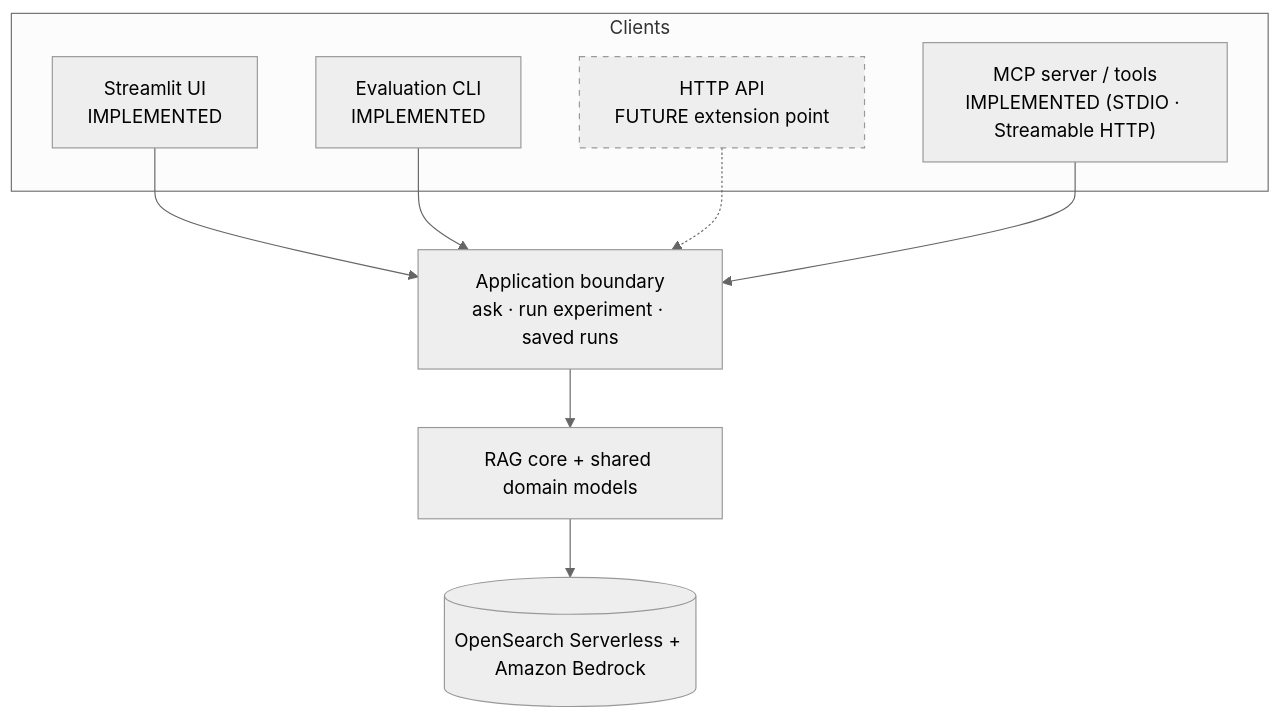
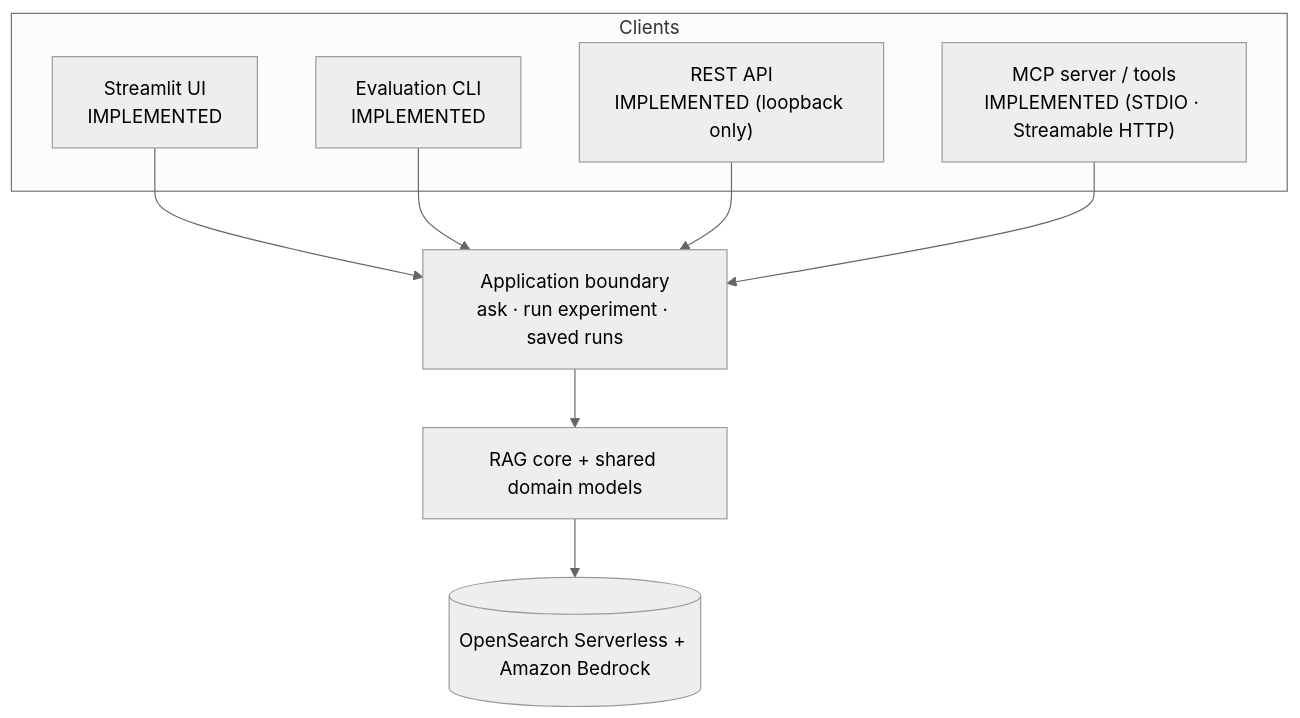
The fifth of 7 diagrams in docs/project-overview.md (mosheostro/Novaops-intelligent-RAG), drawn with Mermaid (neutral theme) before and after one commit. The commit also changed other lines of this file and 8 other files, not shown here.

First line of the commit message:
docs: add REST API dashboard documentation

````diff
--- a/docs/project-overview.md
+++ b/docs/project-overview.md
@@ -271,23 +271,20 @@
 ```mermaid
 flowchart TB
     subgraph clients["Clients"]
         st["Streamlit UI<br/>IMPLEMENTED"]
         cli["Evaluation CLI<br/>IMPLEMENTED"]
-        api["HTTP API<br/>FUTURE extension point"]
+        api["REST API<br/>IMPLEMENTED (loopback only)"]
         mcp["MCP server / tools<br/>IMPLEMENTED (STDIO · Streamable HTTP)"]
     end
 
     boundary["Application boundary<br/>ask · run experiment · saved runs"]
     core["RAG core + shared domain models"]
     ext[("OpenSearch Serverless + Amazon Bedrock")]
 
     st --> boundary
     cli --> boundary
-    api -.-> boundary
+    api --> boundary
     mcp --> boundary
     boundary --> core
     core --> ext
-
-    classDef future stroke-dasharray: 5 5
-    class api future
 ```
````
